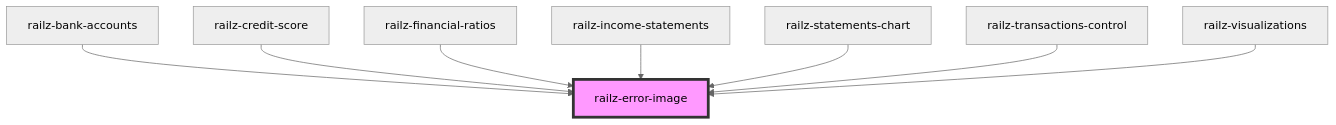
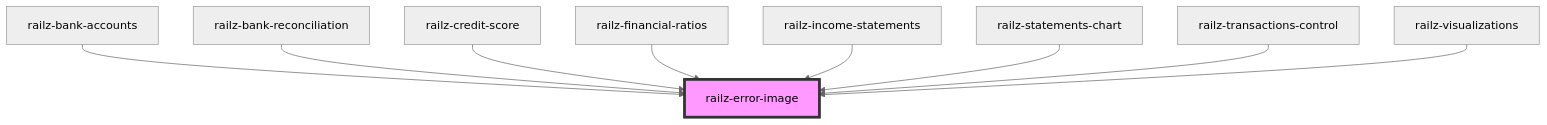
One commit to railz-ai/railz-visualizations changed the diagram in packages/components/src/elements/error/readme.md. Above: the diagram before and after it, drawn with Mermaid (neutral theme). The commit also changed other lines of this file and 18 other files, not shown here.

Commit message:
feat: polish bank reconciliation, make api call

````diff
--- a/packages/components/src/elements/error/readme.md
+++ b/packages/components/src/elements/error/readme.md
@@ -29,11 +30,12 @@
 ```mermaid
 graph TD;
   railz-bank-accounts --> railz-error-image
+  railz-bank-reconciliation --> railz-error-image
   railz-credit-score --> railz-error-image
   railz-financial-ratios --> railz-error-image
   railz-income-statements --> railz-error-image
   railz-statements-chart --> railz-error-image
   railz-transactions-control --> railz-error-image
   railz-visualizations --> railz-error-image
   style railz-error-image fill:#f9f,stroke:#333,stroke-width:4px
 ```
````
